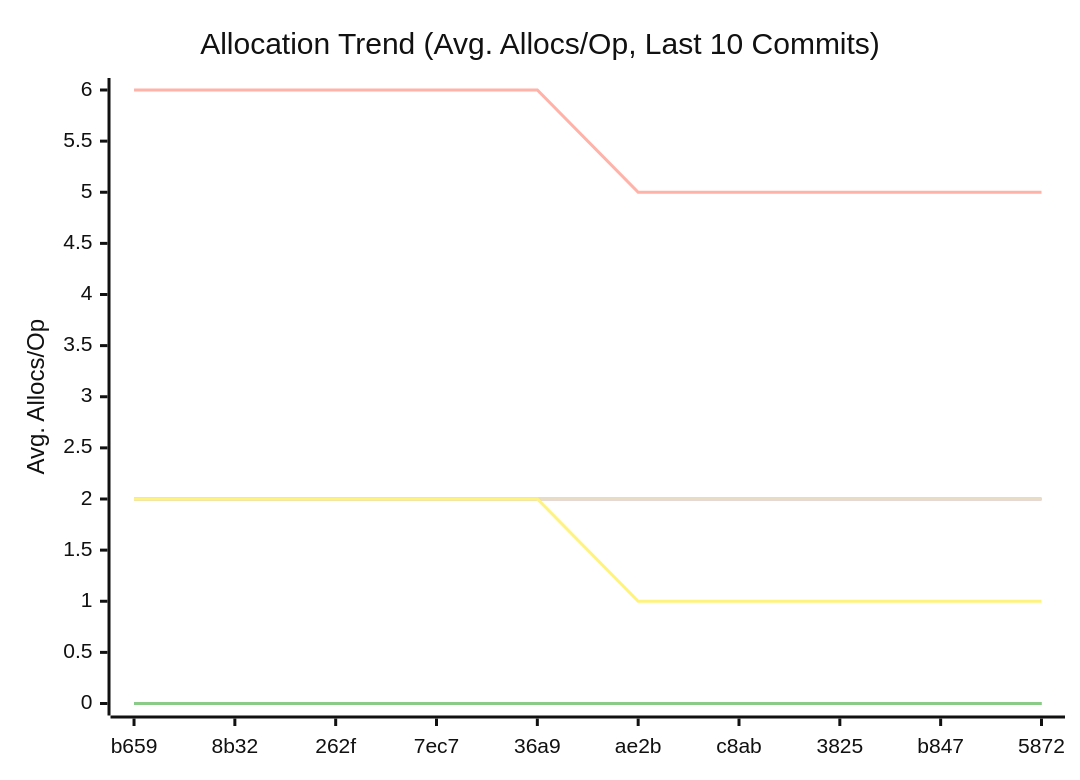
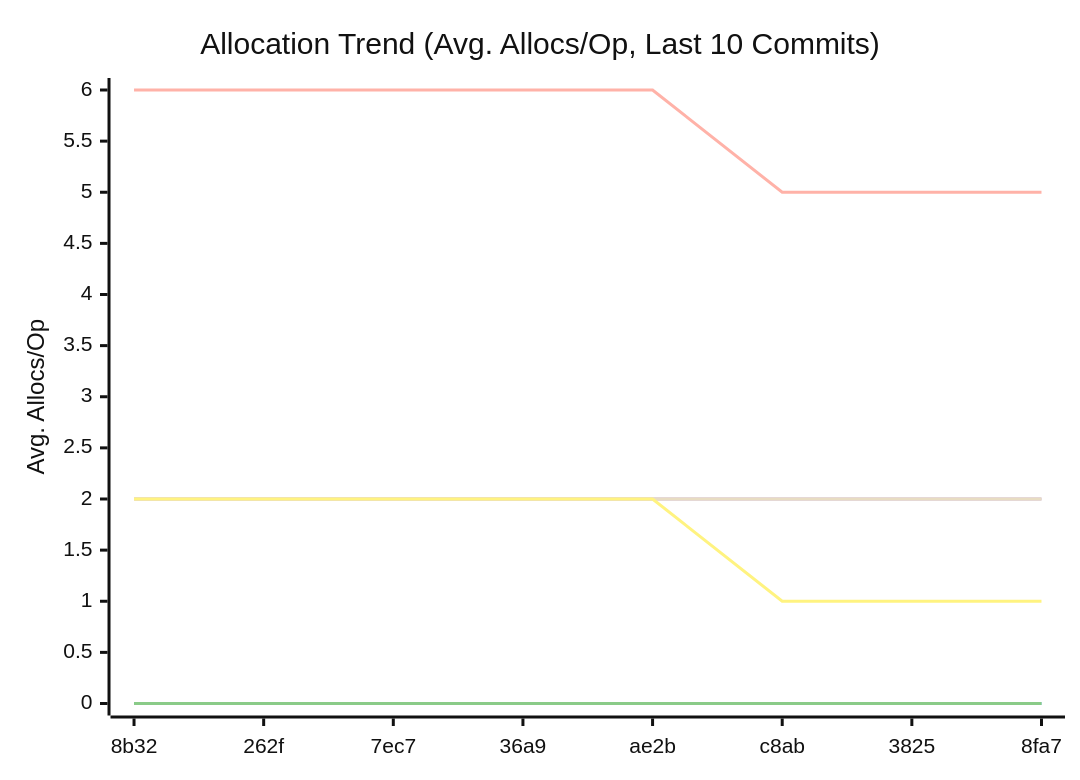
The third of 3 diagrams in docs/README.md (alsotoes/momo), drawn with Mermaid (neutral theme) before and after one commit. The commit also changed other lines of this file and 1 other file, not shown here.

````diff
--- a/docs/README.md
+++ b/docs/README.md
@@ -333,14 +333,14 @@
 ```mermaid
 xychart-beta
     title "Allocation Trend (Avg. Allocs/Op, Last 10 Commits)"
     x-axis "Commit"
     y-axis "Avg. Allocs/Op"
-    x-axis [b659,8b32,262f,7ec7,36a9,ae2b,c8ab,3825,b847,5872]
+    x-axis [8b32,262f,7ec7,36a9,ae2b,c8ab,3825,8fa7]
     line "CheckMetricsAndSwap" [0,0,0,0,0,0,0,0,0,0]
     line "IndexDirectTracking" [0,0,0,0,0,0,0,0,0,0]
     line "IndexSearch" [0,0,0,0,0,0,0,0,0,0]
     line "LoadGlobalConfig" [2,2,2,2,2,2,2,2,2,2]
     line "PadString" [2,2,2,2,2,2,2,2,2,2]
     line "ParseReplicationOrder_NoPrealloc" [6,6,6,6,6,5,5,5,5,5]
     line "ParseReplicationOrder_Prealloc" [2,2,2,2,2,1,1,1,1,1]
 ```
````
